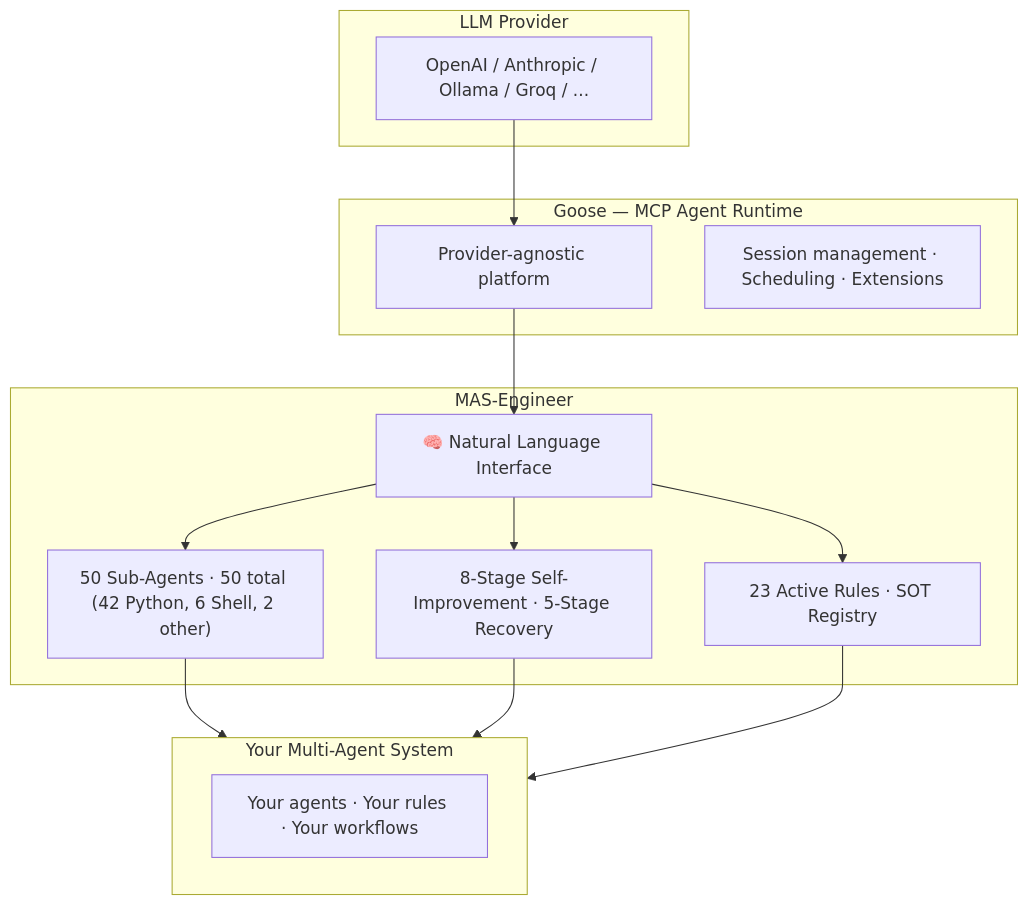
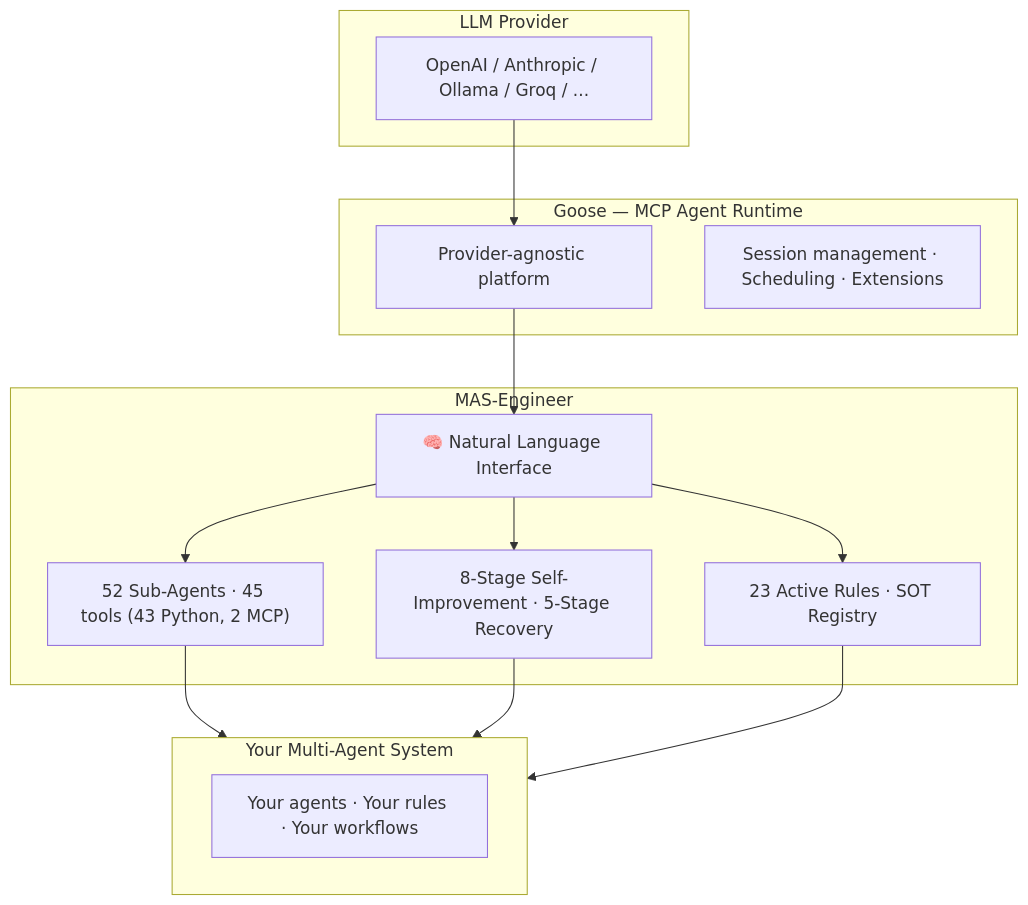
Before and after one commit to mczardybon/mas-engineer: the third of 6 diagrams in README.md, drawn with Mermaid. The commit also changed other lines of this file and 33 other files, not shown here.

````diff
--- a/README.md
+++ b/README.md
@@ -269,22 +269,22 @@
 ```mermaid
 flowchart TB
     subgraph LLM["LLM Provider"]
         L1["OpenAI / Anthropic / Ollama / Groq / ..."]
     end
     subgraph GOOSE["Goose — MCP Agent Runtime"]
         G1["Provider-agnostic platform"]
         G2["Session management · Scheduling · Extensions"]
     end
     subgraph ENGINEER["MAS-Engineer"]
         E1["🧠 Natural Language Interface"]
-        E2["50 Sub-Agents · 50 total (42 Python, 6 Shell, 2 other)"]
+        E2["52 Sub-Agents · 45 tools (43 Python, 2 MCP)"]
         E3["8-Stage Self-Improvement · 5-Stage Recovery"]
         E4["23 Active Rules · SOT Registry"]
     end
     subgraph SYSTEM["Your Multi-Agent System"]
         S1["Your agents · Your rules · Your workflows"]
     end
     L1 --> G1 --> E1
     E1 --> E2 & E3 & E4
     E2 & E3 & E4 --> SYSTEM
 ```
````
